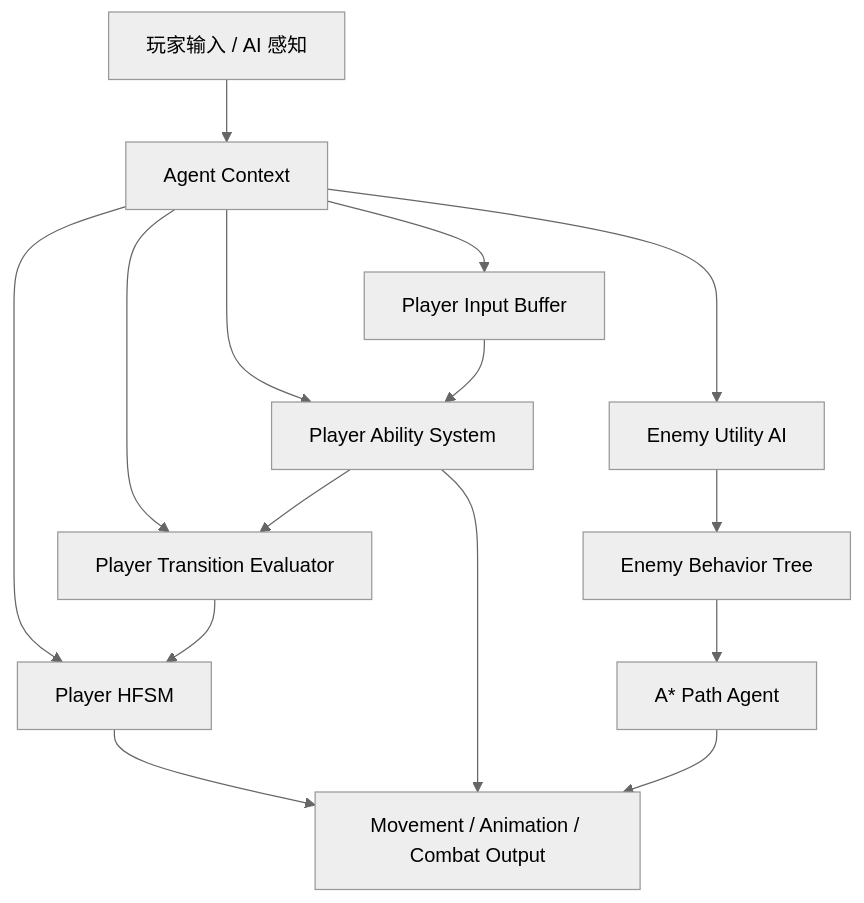
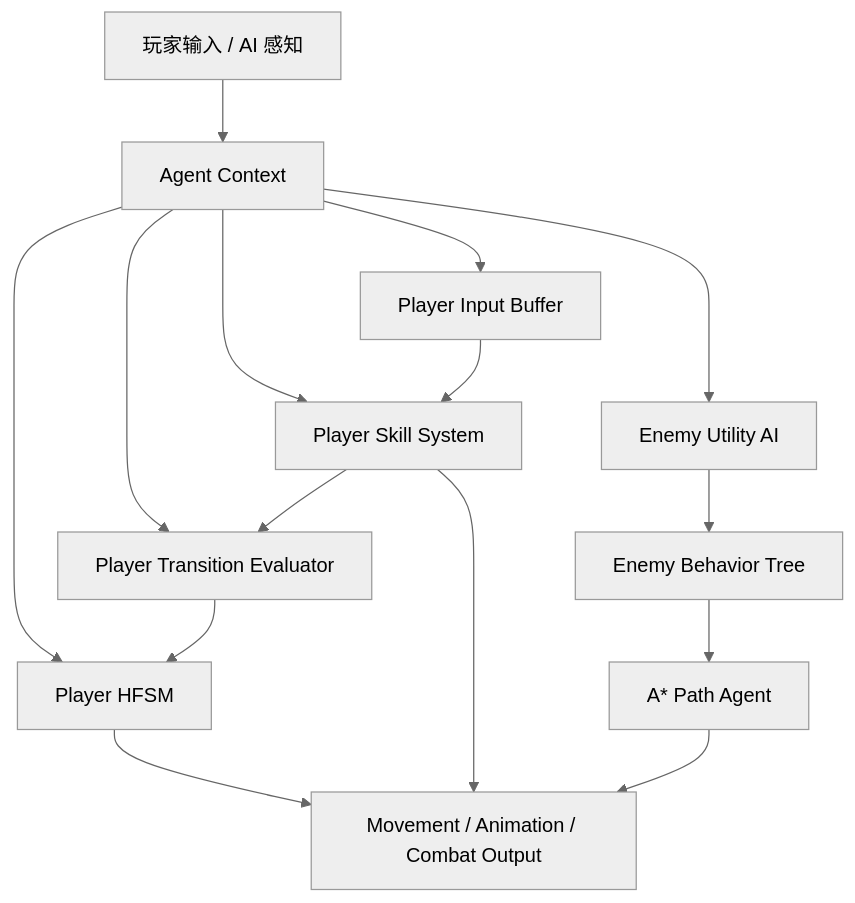
The diagram in 设计文档/玩家状态与敌人AI/玩家状态与敌人AI设计方案.md (qiqizizzz/Protocol-Evac), drawn with Mermaid (neutral theme) before and after one commit. The commit also changed other lines of this file and 35 other files, not shown here.

````diff
--- a/设计文档/玩家状态与敌人AI/玩家状态与敌人AI设计方案.md
+++ b/设计文档/玩家状态与敌人AI/玩家状态与敌人AI设计方案.md
@@ -41,17 +41,17 @@
 ```mermaid
 flowchart TD
     Input["玩家输入 / AI 感知"] --> Context["Agent Context"]
     Context --> InputBuffer["Player Input Buffer"]
     Context --> PlayerHFSM["Player HFSM"]
-    Context --> AbilitySystem["Player Ability System"]
+    Context --> SkillSystem["Player Skill System"]
     Context --> TransitionEvaluator["Player Transition Evaluator"]
     Context --> UtilityAI["Enemy Utility AI"]
-    InputBuffer --> AbilitySystem
-    AbilitySystem --> TransitionEvaluator
+    InputBuffer --> SkillSystem
+    SkillSystem --> TransitionEvaluator
     TransitionEvaluator --> PlayerHFSM
     UtilityAI --> BT["Enemy Behavior Tree"]
     BT --> PathAgent["A* Path Agent"]
     PlayerHFSM --> Motor["Movement / Animation / Combat Output"]
-    AbilitySystem --> Motor
+    SkillSystem --> Motor
     PathAgent --> Motor
 ```
````
